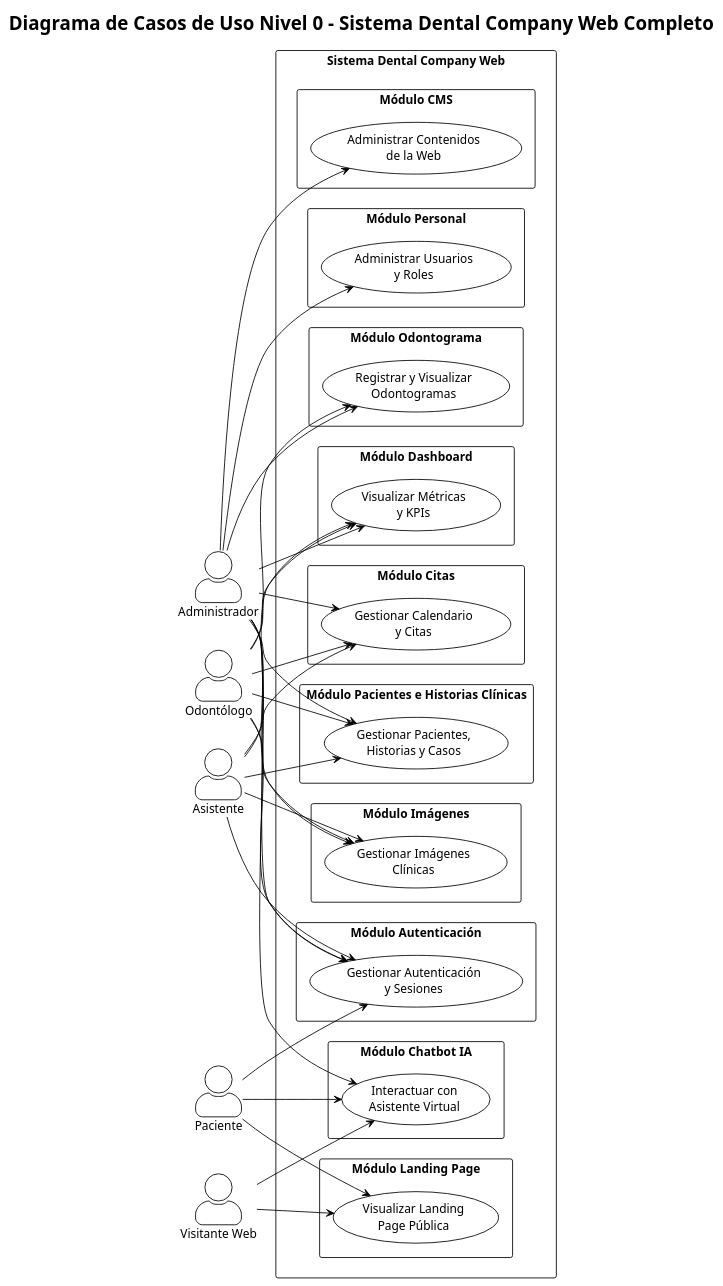
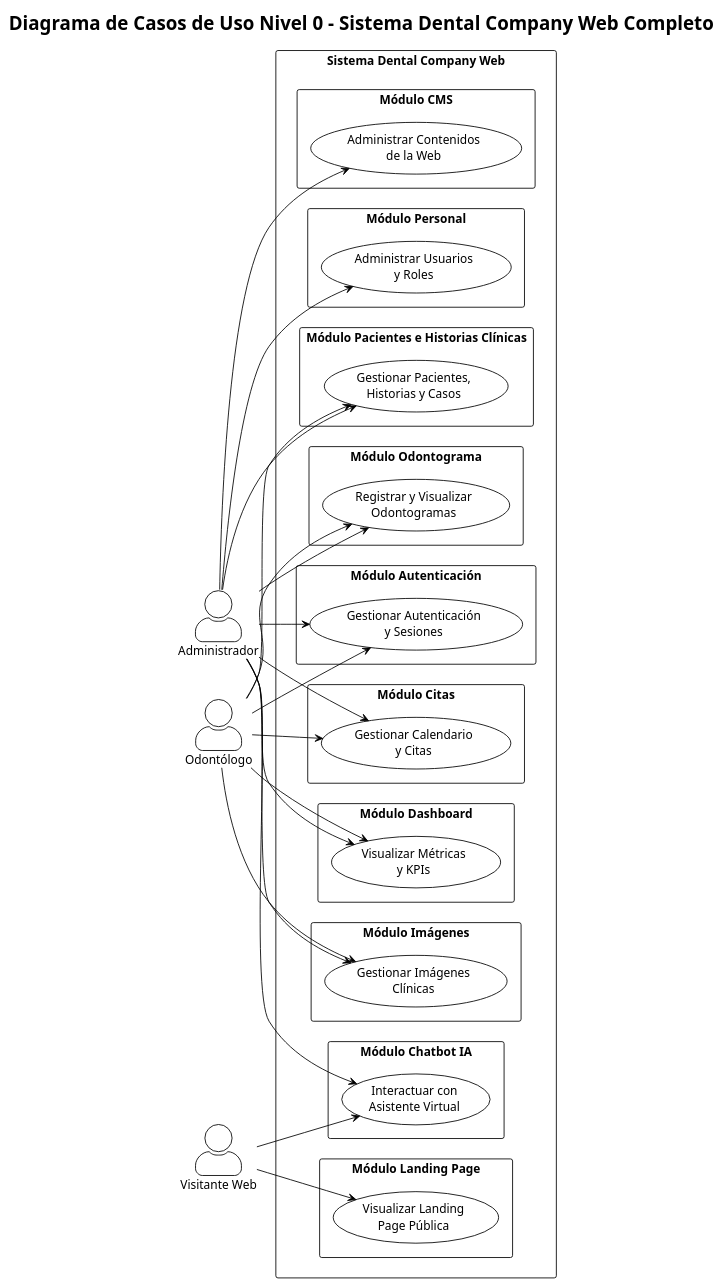
The first of 12 diagrams in DIAGRAMAS_UML.md (RDaniloMM/dental-company), drawn with PlantUML before and after one commit.

Commit message:
fix: eliminar actores y relaciones obsoletas en el diagrama de casos de uso

```diff
--- a/DIAGRAMAS_UML.md
+++ b/DIAGRAMAS_UML.md
@@ -32,8 +32,6 @@
 
 actor "Administrador" as Admin
 actor "Odontólogo" as Odontologo
-actor "Asistente" as Asistente
-actor "Paciente" as Paciente
 actor "Visitante Web" as Visitante
 
 rectangle "Sistema Dental Company Web" {
@@ -86,22 +84,6 @@
 Visitante --> UC_Chatbot
 
 ' ========================================
-' RELACIONES PACIENTE
-' ========================================
-Paciente --> UC_Auth
-Paciente --> UC_Chatbot
-Paciente --> UC_Landing
-
-' ========================================
-' RELACIONES ASISTENTE
-' ========================================
-Asistente --> UC_Auth
-Asistente --> UC_Dashboard
-Asistente --> UC_Pacientes
-Asistente --> UC_Citas
-Asistente --> UC_Imagenes
-
-' ========================================
 ' RELACIONES ODONTÓLOGO
 ' ========================================
 Odontologo --> UC_Auth
```
